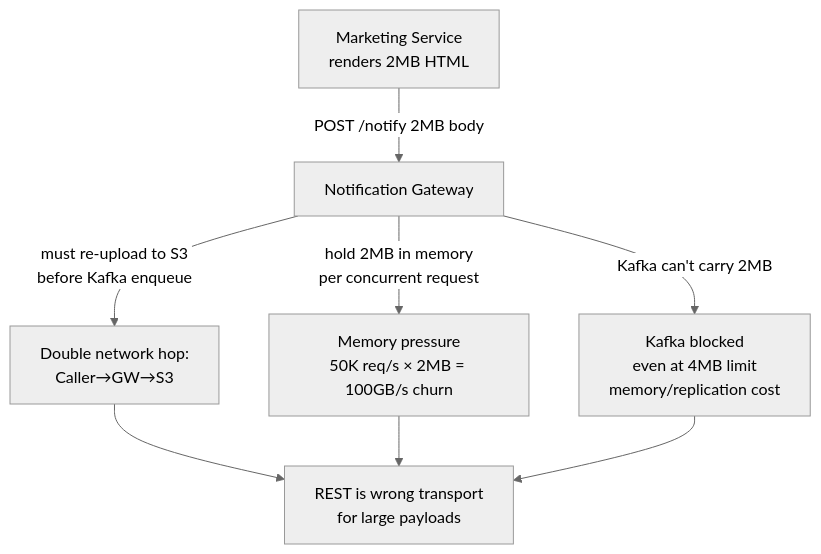
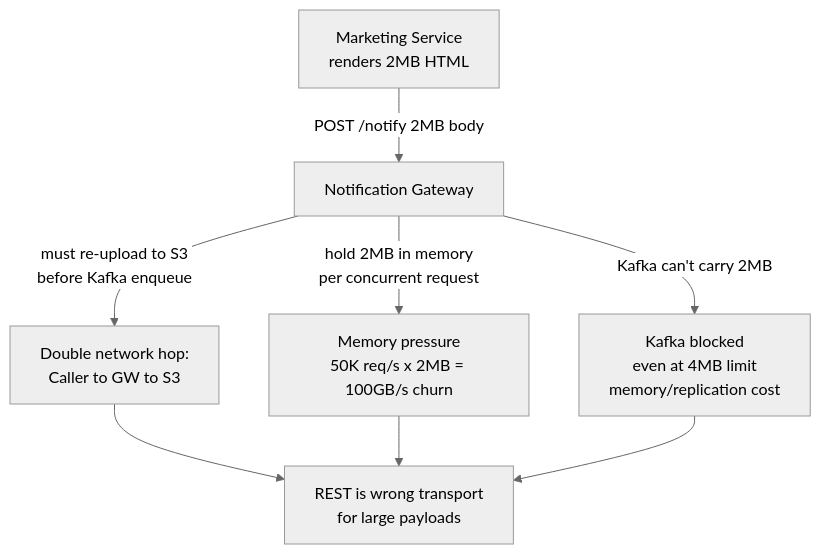
The first of 7 diagrams in notification-service/design/template-agnostic-delivery.md (bindian0509/system-design), drawn with Mermaid (neutral theme) before and after one commit. The commit also changed other lines of this file, not shown here.

Commit message:
fixing mermaid II

````diff
--- a/notification-service/design/template-agnostic-delivery.md
+++ b/notification-service/design/template-agnostic-delivery.md
@@ -39,8 +39,8 @@
 ```mermaid
 flowchart TD
     CALLER[Marketing Service\nrenders 2MB HTML] -->|POST /notify 2MB body| GW[Notification Gateway]
-    GW -->|hold 2MB in memory\nper concurrent request| MEM[Memory pressure\n50K req/s × 2MB = 100GB/s churn]
-    GW -->|must re-upload to S3\nbefore Kafka enqueue| DOUBLE[Double network hop:\nCaller→GW→S3]
+    GW -->|hold 2MB in memory\nper concurrent request| MEM[Memory pressure\n50K req/s x 2MB = 100GB/s churn]
+    GW -->|must re-upload to S3\nbefore Kafka enqueue| DOUBLE[Double network hop:\nCaller to GW to S3]
     GW -->|Kafka can't carry 2MB| KAFKA_BLOCK[Kafka blocked\neven at 4MB limit\nmemory/replication cost]
     DOUBLE & MEM & KAFKA_BLOCK --> BROKEN[REST is wrong transport\nfor large payloads]
 ```
````
